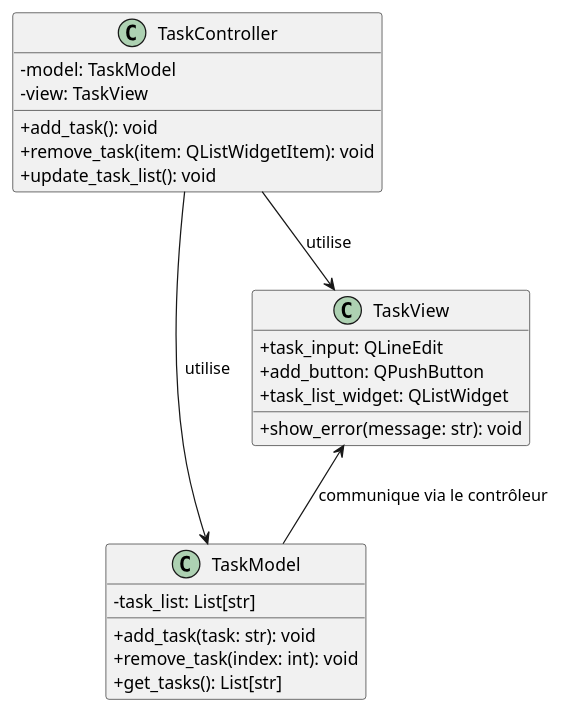
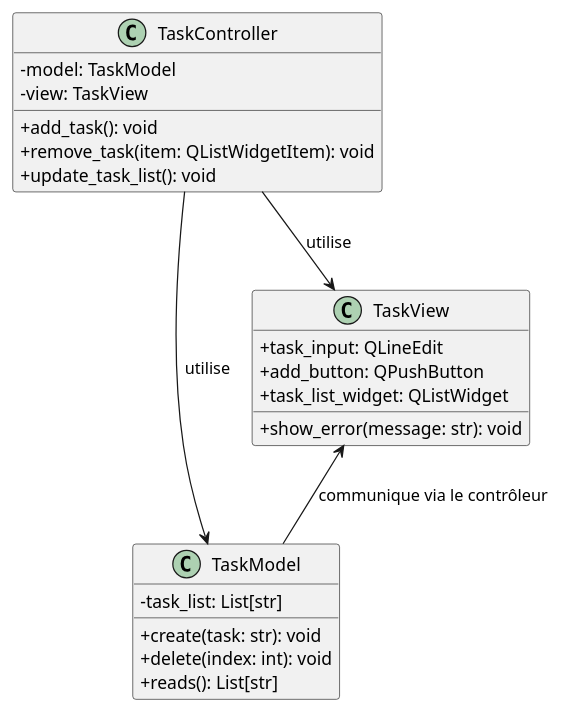
One commit to ETM44/exemple---pattern-mvc changed the diagram in classDiag.wsd. Above: the diagram before and after it, drawn with PlantUML.

```diff
--- a/classDiag.wsd
+++ b/classDiag.wsd
@@ -1,31 +1,31 @@
 @startuml
 skinparam classAttributeIconSize 0
 
 ' Définition des classes
 class TaskModel {
   - task_list: List[str]
-  + add_task(task: str): void
-  + remove_task(index: int): void
-  + get_tasks(): List[str]
+  + create(task: str): void
+  + delete(index: int): void
+  + reads(): List[str]
 }
 
 class TaskView {
   + task_input: QLineEdit
   + add_button: QPushButton
   + task_list_widget: QListWidget
   + show_error(message: str): void
 }
 
 class TaskController {
   - model: TaskModel
   - view: TaskView
   + add_task(): void
   + remove_task(item: QListWidgetItem): void
   + update_task_list(): void
 }
 
 ' Relations entre les classes
 TaskController --> TaskModel : utilise
 TaskController --> TaskView : utilise
 TaskView <-- TaskModel : communique via le contrôleur
 @enduml
```
